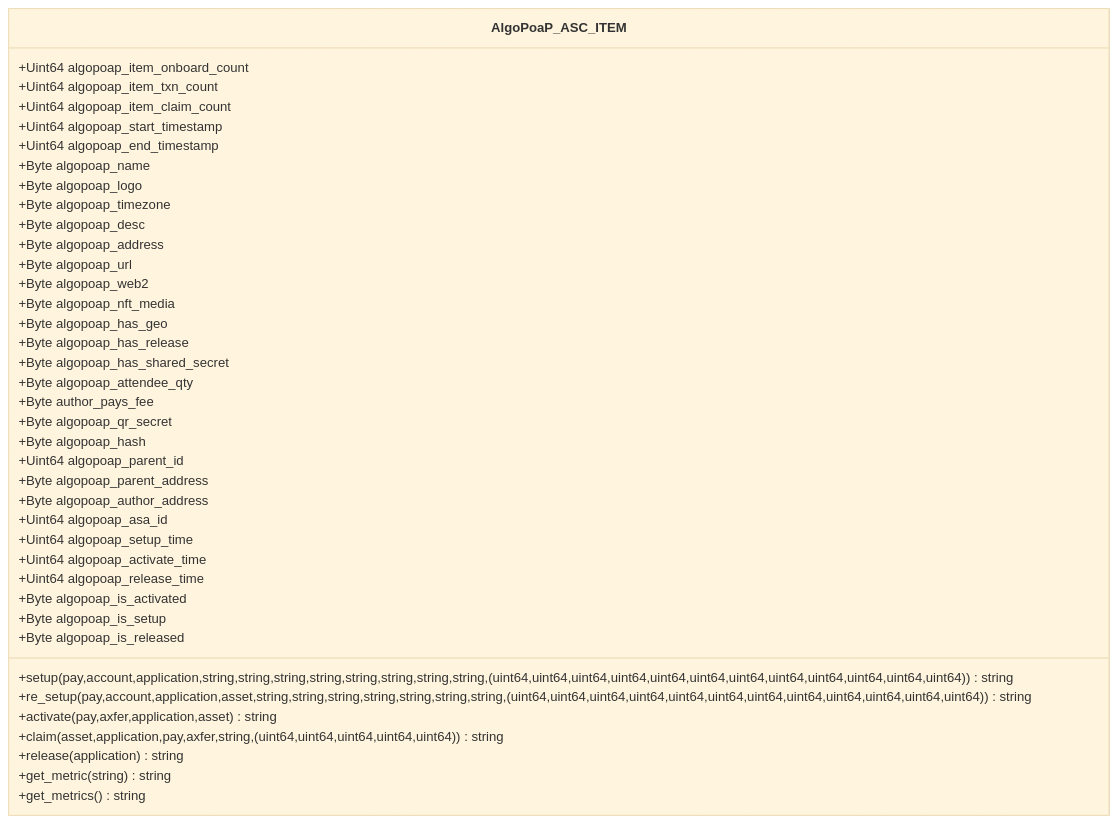
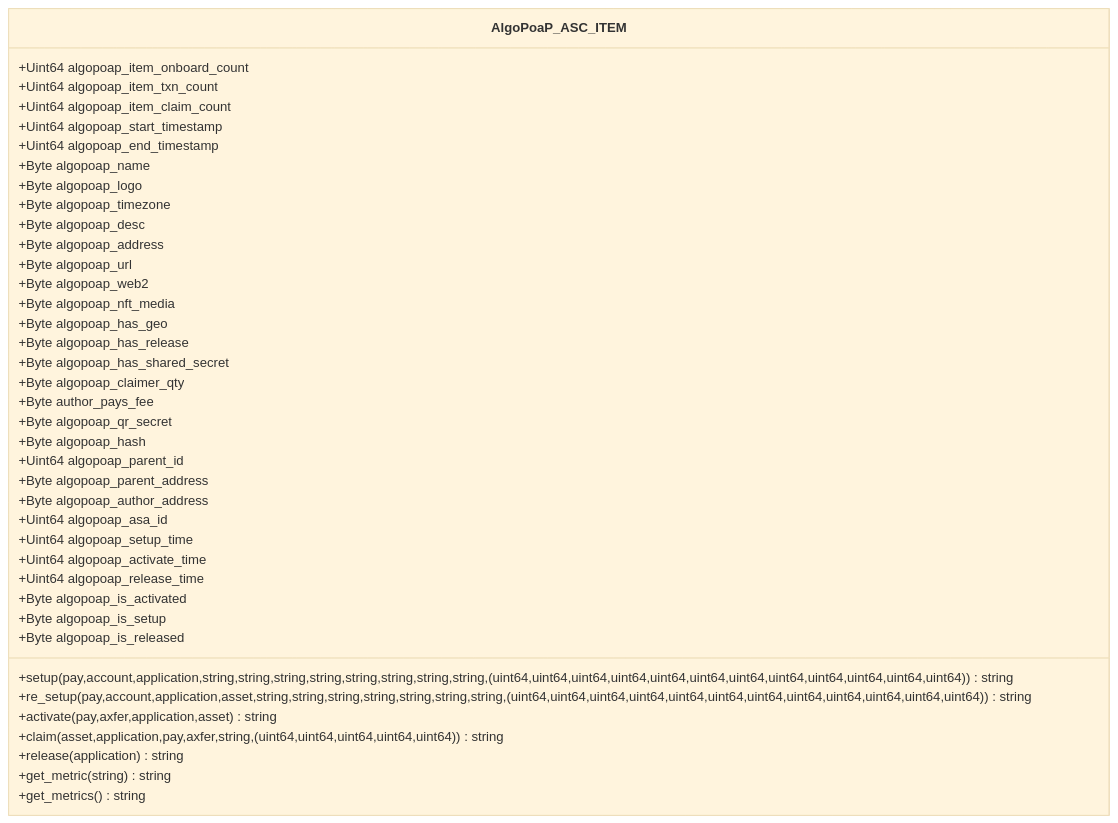
The eighth of 8 diagrams in profile/README.md (GoPlausible/.github), drawn with Mermaid (base theme) before and after one commit. The commit also changed other lines of this file, not shown here.

````diff
--- a/profile/README.md
+++ b/profile/README.md
@@ -447,56 +447,56 @@
 ```mermaid
   classDiagram
     class AlgoPoaP_ASC_ITEM
 
     AlgoPoaP_ASC_ITEM : +Uint64 algopoap_item_onboard_count
     AlgoPoaP_ASC_ITEM : +Uint64 algopoap_item_txn_count
     AlgoPoaP_ASC_ITEM : +Uint64 algopoap_item_claim_count
 
     AlgoPoaP_ASC_ITEM : +Uint64 algopoap_start_timestamp
     AlgoPoaP_ASC_ITEM : +Uint64 algopoap_end_timestamp
     AlgoPoaP_ASC_ITEM : +Byte algopoap_name
     AlgoPoaP_ASC_ITEM : +Byte algopoap_logo
     AlgoPoaP_ASC_ITEM : +Byte algopoap_timezone
     AlgoPoaP_ASC_ITEM : +Byte algopoap_desc
     AlgoPoaP_ASC_ITEM : +Byte algopoap_address
     AlgoPoaP_ASC_ITEM : +Byte algopoap_url
     AlgoPoaP_ASC_ITEM : +Byte algopoap_web2
     AlgoPoaP_ASC_ITEM : +Byte algopoap_nft_media
     AlgoPoaP_ASC_ITEM : +Byte algopoap_has_geo
     AlgoPoaP_ASC_ITEM : +Byte algopoap_has_release
     AlgoPoaP_ASC_ITEM : +Byte algopoap_has_shared_secret
-    AlgoPoaP_ASC_ITEM : +Byte algopoap_attendee_qty
+    AlgoPoaP_ASC_ITEM : +Byte algopoap_claimer_qty
     AlgoPoaP_ASC_ITEM : +Byte author_pays_fee
     AlgoPoaP_ASC_ITEM : +Byte algopoap_qr_secret
     AlgoPoaP_ASC_ITEM : +Byte algopoap_hash
 
 
     AlgoPoaP_ASC_ITEM : +Uint64 algopoap_parent_id
     AlgoPoaP_ASC_ITEM : +Byte algopoap_parent_address
     AlgoPoaP_ASC_ITEM : +Byte algopoap_author_address
     AlgoPoaP_ASC_ITEM : +Uint64 algopoap_asa_id
 
     AlgoPoaP_ASC_ITEM : +Uint64 algopoap_setup_time
     AlgoPoaP_ASC_ITEM : +Uint64 algopoap_activate_time
     AlgoPoaP_ASC_ITEM : +Uint64 algopoap_release_time
 
 
      AlgoPoaP_ASC_ITEM : +Byte algopoap_is_activated
     AlgoPoaP_ASC_ITEM : +Byte algopoap_is_setup
     AlgoPoaP_ASC_ITEM : +Byte algopoap_is_released
 
 
 
  
 
     AlgoPoaP_ASC_ITEM : +setup(pay,account,application,string,string,string,string,string,string,string,string,(uint64,uint64,uint64,uint64,uint64,uint64,uint64,uint64,uint64,uint64,uint64,uint64))string
     AlgoPoaP_ASC_ITEM : +re_setup(pay,account,application,asset,string,string,string,string,string,string,string,(uint64,uint64,uint64,uint64,uint64,uint64,uint64,uint64,uint64,uint64,uint64,uint64))string
     AlgoPoaP_ASC_ITEM : +activate(pay,axfer,application,asset)string
     AlgoPoaP_ASC_ITEM : +claim(asset,application,pay,axfer,string,(uint64,uint64,uint64,uint64,uint64))string
     AlgoPoaP_ASC_ITEM : +release(application)string
     AlgoPoaP_ASC_ITEM : +get_metric(string)string
     AlgoPoaP_ASC_ITEM : +get_metrics()string
     
   
     
 ```
````
